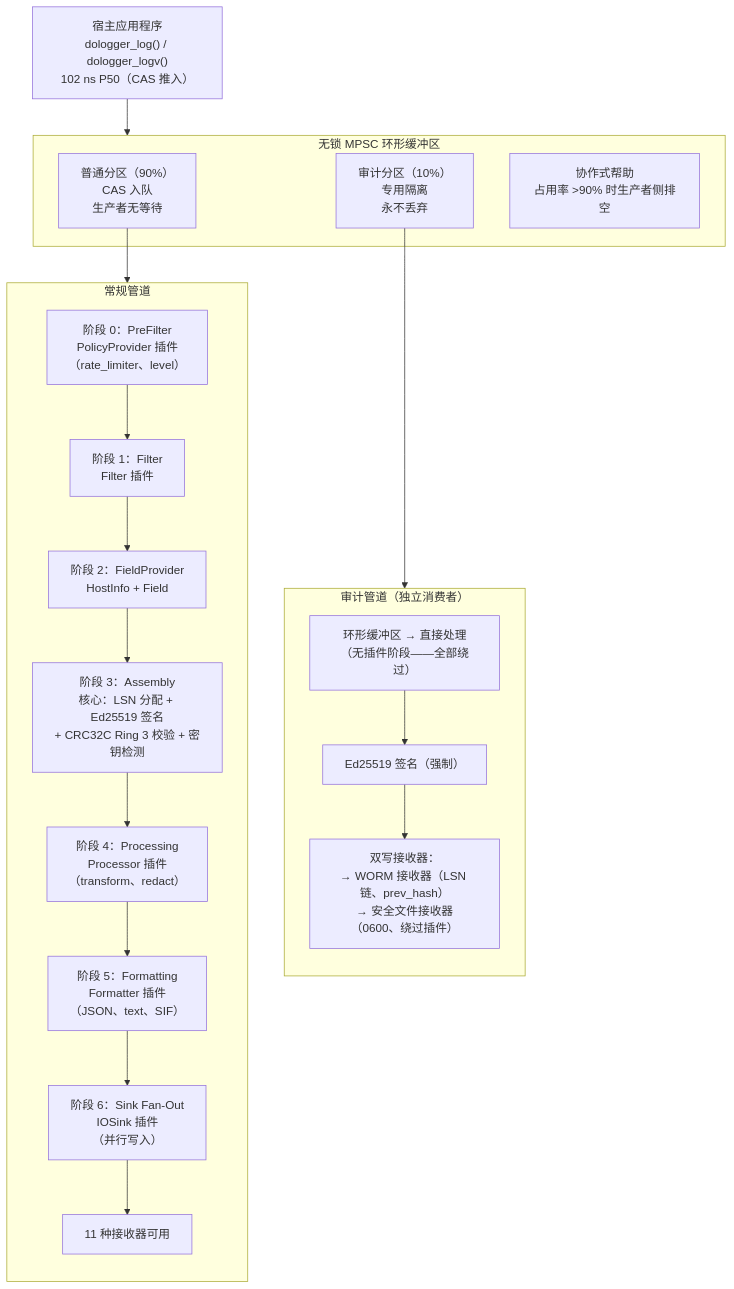
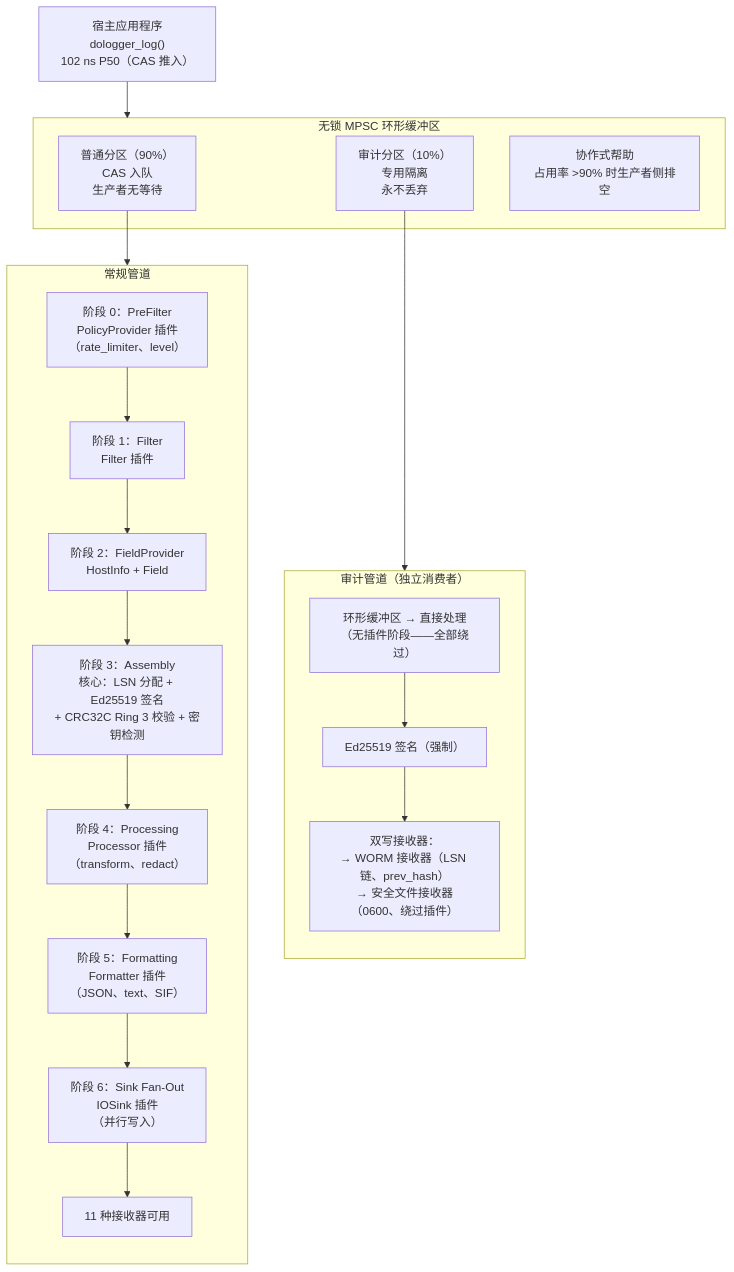
Before and after one commit to nekolio/DoLogger: the first of 11 diagrams in Docs/zh_CN/ArchitectureReference.md, drawn with Mermaid. The commit also changed other lines of this file and 31 other files, not shown here.

````diff
--- a/Docs/zh_CN/ArchitectureReference.md
+++ b/Docs/zh_CN/ArchitectureReference.md
@@ -58,30 +58,30 @@
 ```mermaid
 flowchart TD
-    A["宿主应用程序<br/>dologger_log() / dologger_logv()<br/>102 ns P50（CAS 推入）"] --> RB
+    A["宿主应用程序<br/>dologger_log()<br/>102 ns P50（CAS 推入）"] --> RB
 
     subgraph RB["无锁 MPSC 环形缓冲区"]
         B1["普通分区（90%）<br/>CAS 入队<br/>生产者无等待"]
         B2["审计分区（10%）<br/>专用隔离<br/>永不丢弃"]
         B3["协作式帮助<br/>占用率 >90% 时生产者侧排空"]
     end
 
     B1 --> RP
     B2 --> AP
 
     subgraph RP["常规管道"]
         direction TB
         C0["阶段 0：PreFilter<br/>PolicyProvider 插件<br/>（rate_limiter、level）"] --> C1["阶段 1：Filter<br/>Filter 插件"]
         C1 --> C2["阶段 2：FieldProvider<br/>HostInfo + Field"]
         C2 --> C3["阶段 3：Assembly<br/>核心：LSN 分配 + Ed25519 签名<br/>+ CRC32C Ring 3 校验 + 密钥检测"]
         C3 --> C4["阶段 4：Processing<br/>Processor 插件<br/>（transform、redact）"]
         C4 --> C5["阶段 5：Formatting<br/>Formatter 插件<br/>（JSON、text、SIF）"]
         C5 --> C6["阶段 6：Sink Fan-Out<br/>IOSink 插件<br/>（并行写入）"]
         C6 --> C7["11 种接收器可用"]
     end
 
     subgraph AP["审计管道（独立消费者）"]
         direction TB
         D1["环形缓冲区 → 直接处理<br/>（无插件阶段——全部绕过）"] --> D2["Ed25519 签名（强制）"]
         D2 --> D3["双写接收器：<br/>→ WORM 接收器（LSN 链、prev_hash）<br/>→ 安全文件接收器（0600、绕过插件）"]
     end
 ```
````
